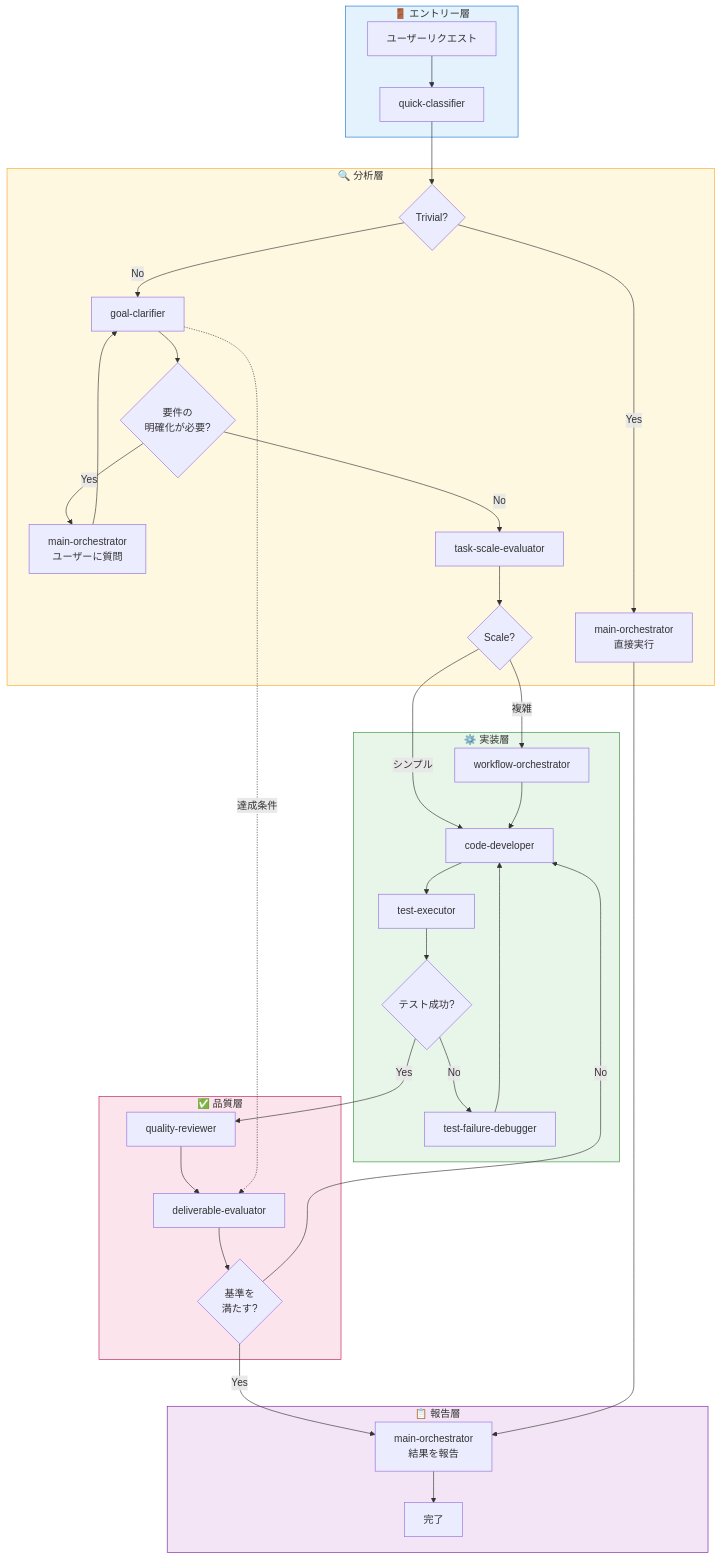
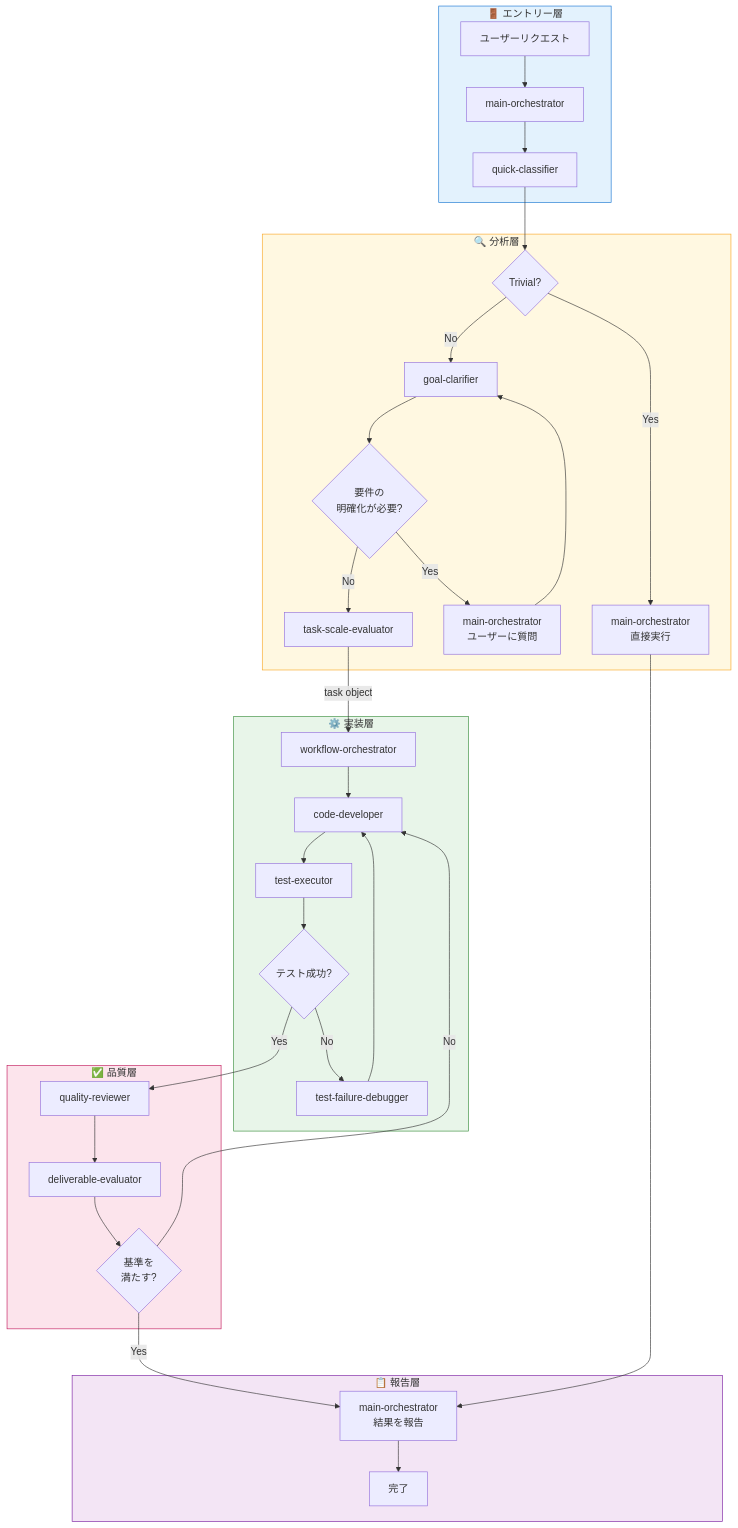
Before and after one commit to masanao-ohba/claude-manifests: the diagram in README_ja.md, drawn with Mermaid. The commit also changed other lines of this file and 10 other files, not shown here.

````diff
--- a/README_ja.md
+++ b/README_ja.md
@@ -172,48 +187,45 @@
 ```mermaid
 flowchart TD
     subgraph Entry["🚪 エントリー層"]
-        A[ユーザーリクエスト] --> B[quick-classifier]
+        A[ユーザーリクエスト] --> B0[main-orchestrator]
+        B0 --> B[quick-classifier]
     end
 
     subgraph Analysis["🔍 分析層"]
         B --> C{Trivial?}
         C -->|Yes| D[main-orchestrator<br/>直接実行]
         C -->|No| G[goal-clarifier]
         G --> H{要件の<br/>明確化が必要?}
         H -->|Yes| I[main-orchestrator<br/>ユーザーに質問]
         I --> G
         H -->|No| J[task-scale-evaluator]
-        J --> K{Scale?}
     end
 
     subgraph Implementation["⚙️ 実装層"]
-        K -->|複雑| M[workflow-orchestrator]
-        K -->|シンプル| L[code-developer]
-        M --> L
+        J -->|task object| M[workflow-orchestrator]
+        M --> L[code-developer]
         L --> N[test-executor]
         N --> O{テスト成功?}
         O -->|No| P[test-failure-debugger]
         P --> L
     end
 
     subgraph Quality["✅ 品質層"]
         O -->|Yes| Q[quality-reviewer]
         Q --> R[deliverable-evaluator]
         R --> S{基準を<br/>満たす?}
         S -->|No| L
     end
 
-    G -.->|達成条件| R
-
     subgraph Report["📋 報告層"]
         S -->|Yes| T[main-orchestrator<br/>結果を報告]
         D --> T
         T --> U[完了]
     end
 
     style Entry fill:#e3f2fd,stroke:#1976d2
     style Analysis fill:#fff8e1,stroke:#f9a825
     style Implementation fill:#e8f5e9,stroke:#388e3c
     style Quality fill:#fce4ec,stroke:#c2185b
     style Report fill:#f3e5f5,stroke:#7b1fa2
 ```
````
